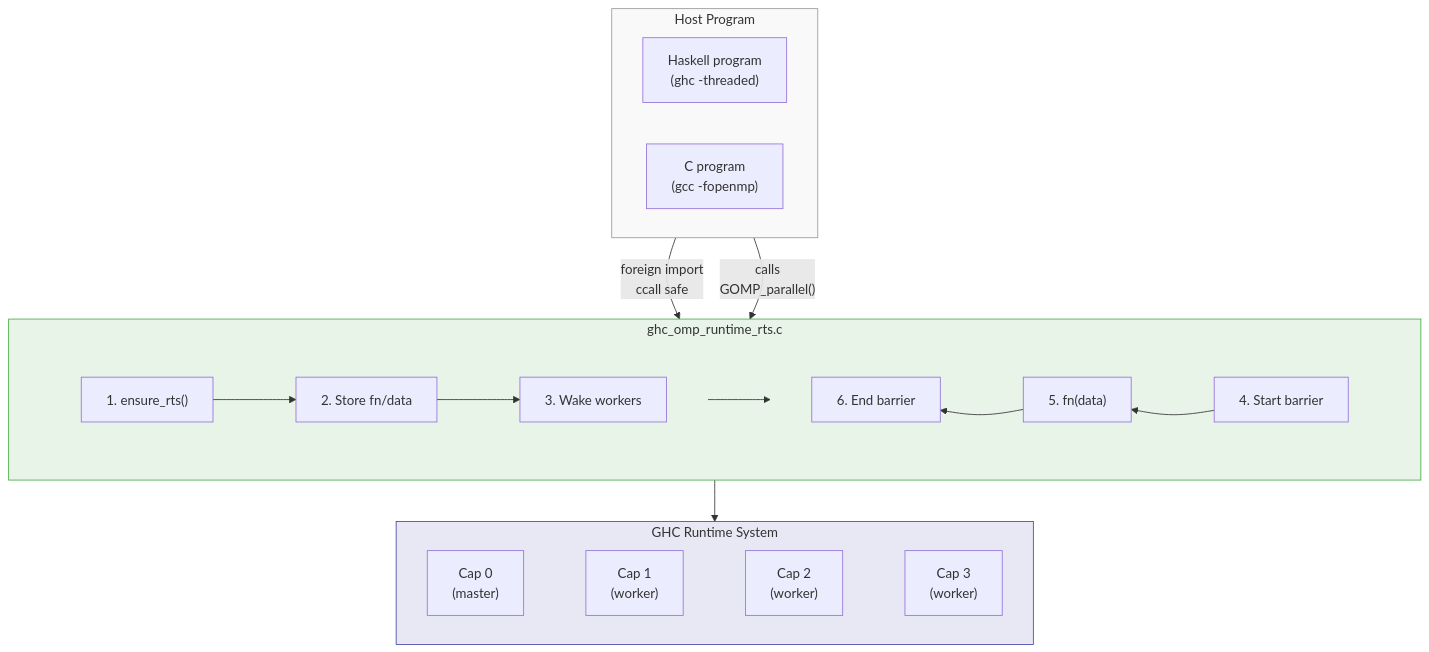
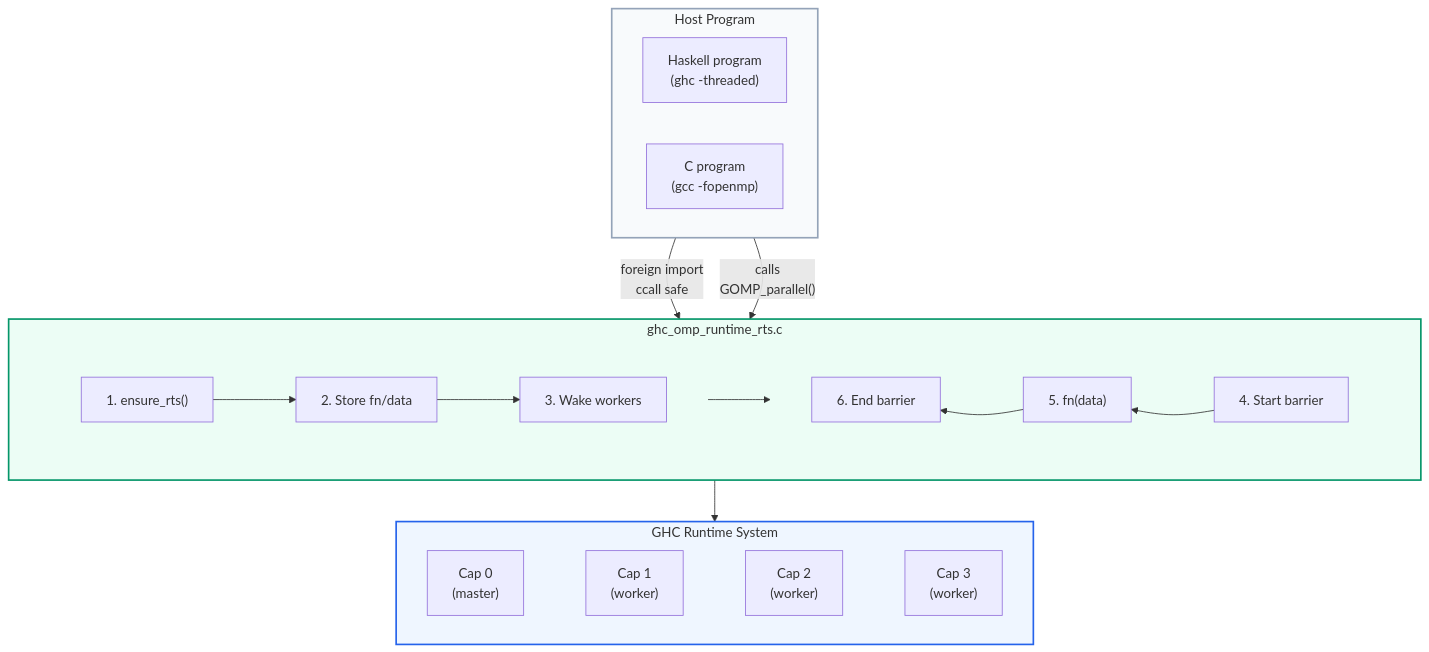
The first of 6 diagrams in docs/index.md (jhhuh/ghc-openmp), drawn with Mermaid before and after one commit. The commit also changed other lines of this file and 3 other files, not shown here.

First line of the commit message:
Improve chart aesthetics and add local docs preview

```diff
--- a/docs/index.md
+++ b/docs/index.md
@@ -151,36 +151,36 @@
 <pre class="mermaid">
 flowchart TD
     subgraph Host["Host Program"]
         direction LR
         HS["Haskell program<br/>(ghc -threaded)"]
         CP["C program<br/>(gcc -fopenmp)"]
     end
 
     HS -->|"foreign import<br/>ccall safe"| RT
     CP -->|"calls<br/>GOMP_parallel()"| RT
 
     subgraph RT["ghc_omp_runtime_rts.c"]
         subgraph r1[" "]
             direction LR
             E["1. ensure_rts()"] --> D["2. Store fn/data"] --> W["3. Wake workers"]
         end
         subgraph r2[" "]
             direction LR
             EB["6. End barrier"] ~~~ FN["5. fn(data)"] ~~~ SB["4. Start barrier"]
         end
         W --> SB --> FN --> EB
     end
 
     RT --> RTS
 
     subgraph RTS["GHC Runtime System"]
         direction LR
         C0["Cap 0<br/>(master)"] ~~~ C1["Cap 1<br/>(worker)"] ~~~ C2["Cap 2<br/>(worker)"] ~~~ C3["Cap 3<br/>(worker)"]
     end
 
-    style Host fill:#f9f9f9,stroke:#999
-    style RT fill:#e8f4e8,stroke:#4a4
-    style RTS fill:#e8e8f4,stroke:#44a
+    style Host fill:#f8fafc,stroke:#94a3b8,stroke-width:2px
+    style RT fill:#ecfdf5,stroke:#059669,stroke-width:2px
+    style RTS fill:#eff6ff,stroke:#2563eb,stroke-width:2px
     style r1 fill:none,stroke:none
     style r2 fill:none,stroke:none
 </pre>
```
